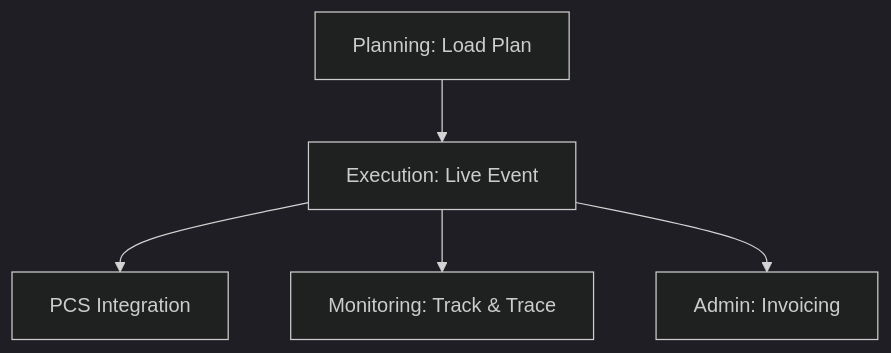
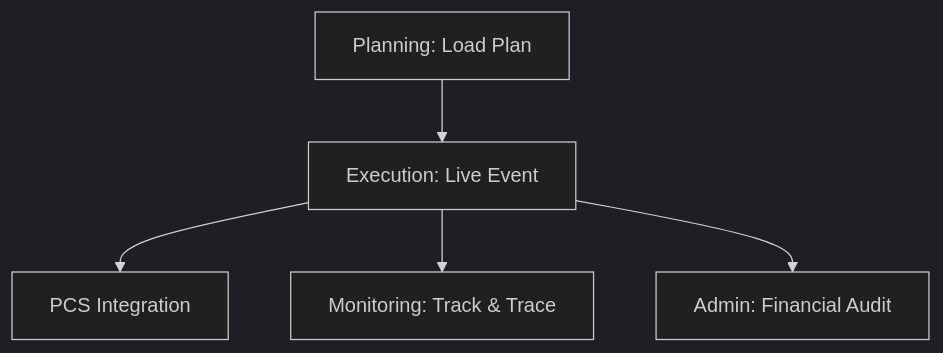
Before and after one commit to wavecentric/docs: the diagram in magemo/modules/execution/rail.mdx, drawn with Mermaid (dark theme). The commit also changed other lines of this file and 12 other files, not shown here.

````diff
--- a/magemo/modules/execution/rail.mdx
+++ b/magemo/modules/execution/rail.mdx
@@ -37,7 +41,7 @@
 ```mermaid
 graph TD
     PL[Planning: Load Plan] --> EX[Execution: Live Event]
     EX --> PCS[PCS Integration]
     EX --> MON[Monitoring: Track & Trace]
-    EX --> BIL[Admin: Invoicing]
+    EX --> ADM[Admin: Financial Audit]
 ```
````
